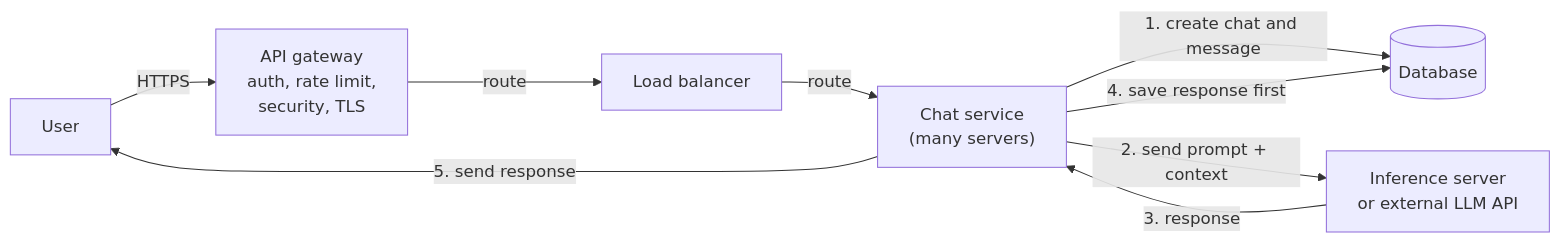
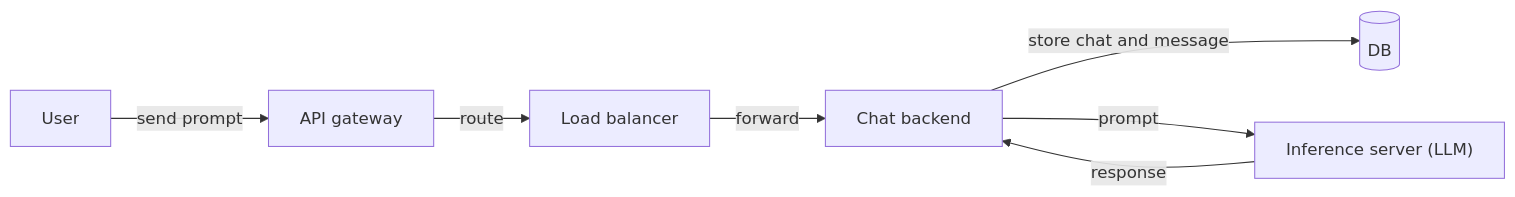
The first of 2 diagrams in hld/23-chatgpt.md (aaryan-pradhan/core-cs-fundamentals), drawn with Mermaid before and after one commit. The commit also changed other lines of this file, not shown here.

````diff
--- a/hld/23-chatgpt.md
+++ b/hld/23-chatgpt.md
@@ -74,11 +45,9 @@
 ```mermaid
 flowchart LR
-    U["User"] -->|"HTTPS"| GW["API gateway<br/>auth, rate limit,<br/>security, TLS"]
+    U["User"] -->|"send prompt"| GW["API gateway"]
     GW -->|"route"| LB["Load balancer"]
-    LB -->|"route"| CS["Chat service<br/>(many servers)"]
-    CS -->|"1. create chat and message"| DB[("Database")]
-    CS -->|"2. send prompt + context"| LLM["Inference server<br/>or external LLM API"]
-    LLM -->|"3. response"| CS
-    CS -->|"4. save response first"| DB
-    CS -->|"5. send response"| U
+    LB -->|"forward"| CB["Chat backend"]
+    CB -->|"store chat and message"| DB[("DB")]
+    CB -->|"prompt"| LLM["Inference server (LLM)"]
+    LLM -->|"response"| CB
 ```
````
